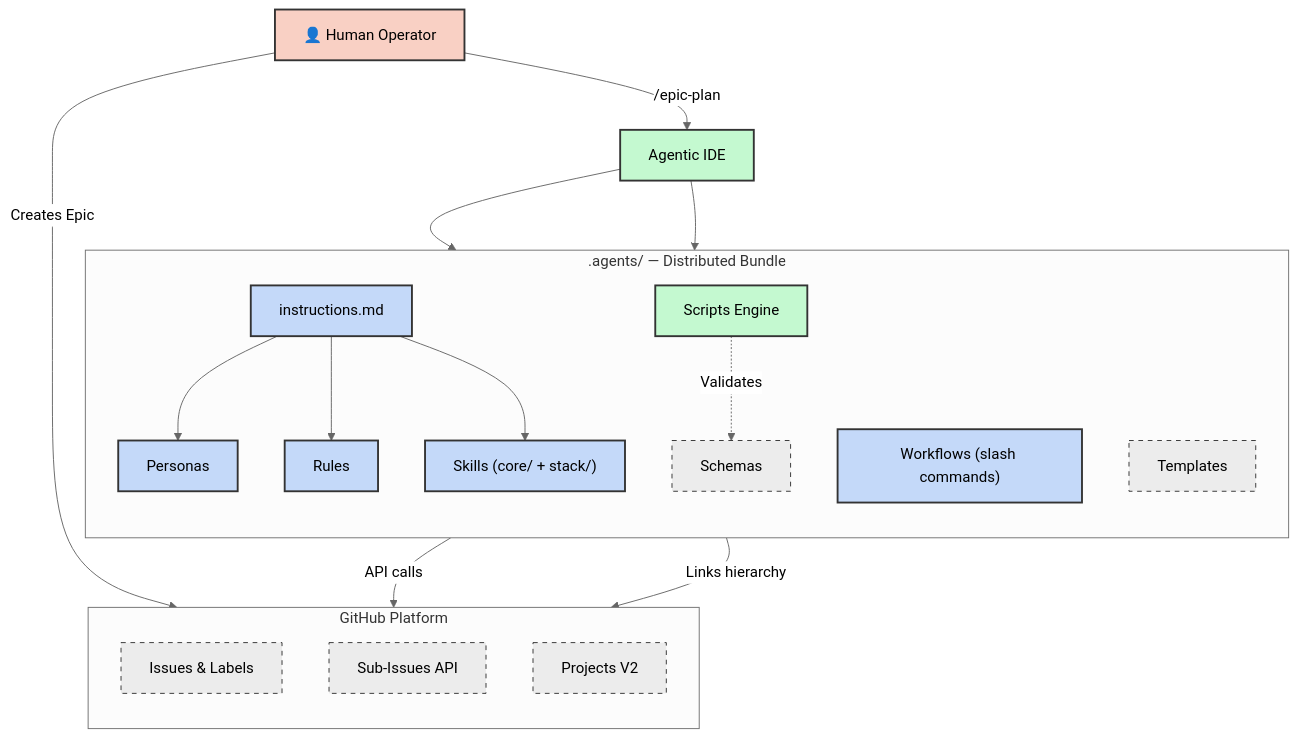
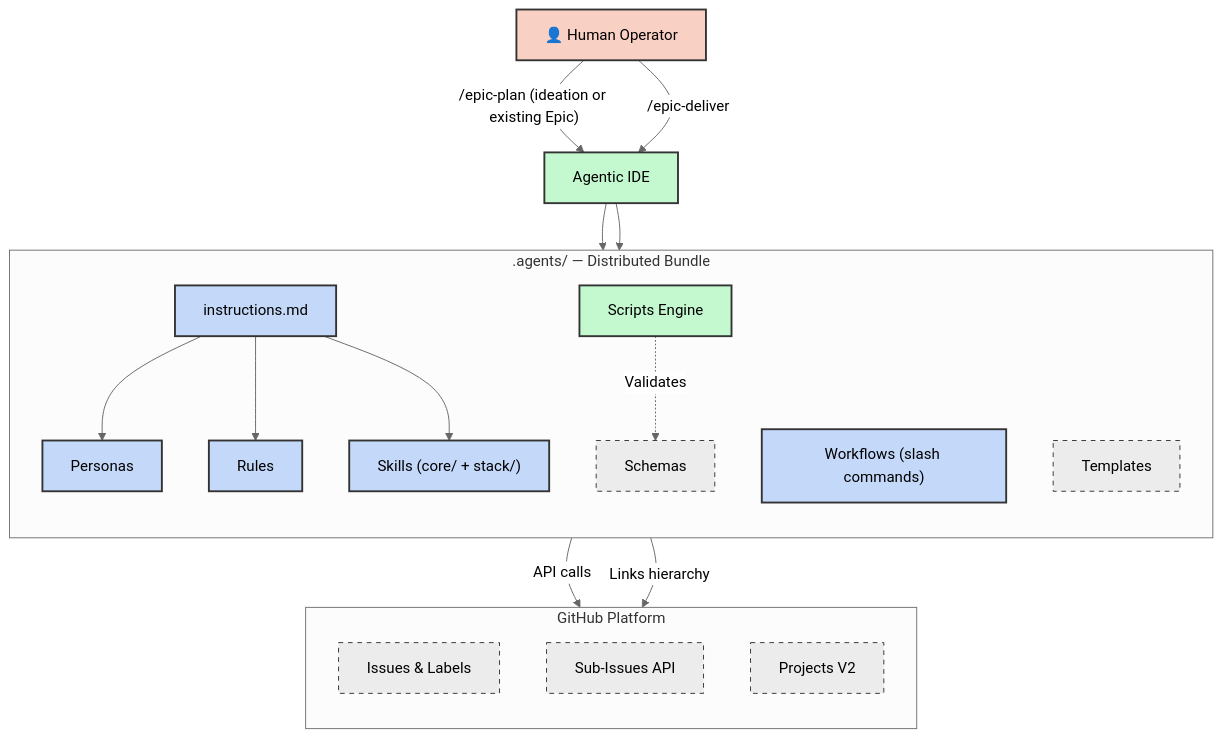
Before and after one commit to dsj1984/mandrel: the first of 8 diagrams in docs/architecture.md, drawn with Mermaid (neutral theme). The commit also changed other lines of this file and 7 other files, not shown here.

Commit message:
docs(reference): rewrite architecture.md, configuration.md, decisions adr, instructions.md, and changelog 5.40.0 entry (resolves #1176)

````diff
--- a/docs/architecture.md
+++ b/docs/architecture.md
@@ -24,38 +24,38 @@
 ```mermaid
 graph TB
     classDef human fill:#f9d0c4,stroke:#333,stroke-width:2px,color:#000
     classDef agent fill:#c4f9d0,stroke:#333,stroke-width:2px,color:#000
     classDef infra fill:#c4d9f9,stroke:#333,stroke-width:2px,color:#000
     classDef data fill:#ececec,stroke:#333,stroke-width:1px,stroke-dasharray: 5 5,color:#000
 
     H["👤 Human Operator"]:::human
     IDE["Agentic IDE"]:::agent
 
     subgraph Framework [".agents/ — Distributed Bundle"]
         direction TB
         INS["instructions.md"]:::infra
         PER["Personas"]:::infra
         RUL["Rules"]:::infra
         SKL["Skills (core/ + stack/)"]:::infra
         WFL["Workflows (slash commands)"]:::infra
         SCR["Scripts Engine"]:::agent
         SCH["Schemas"]:::data
         TPL["Templates"]:::data
     end
 
     subgraph GitHub ["GitHub Platform"]
         direction TB
         ISS["Issues & Labels"]:::data
         SUB["Sub-Issues API"]:::data
         PRJ["Projects V2"]:::data
     end
 
-    H -->|"Creates Epic"| ISS
-    H -->|"/epic-plan"| IDE
+    H -->|"/epic-plan (ideation or existing Epic)"| IDE
+    H -->|"/epic-deliver"| IDE
     IDE --> INS
     INS --> PER & RUL & SKL
     IDE --> SCR
     SCR -->|"API calls"| ISS
     SCR -->|"Links hierarchy"| SUB
     SCR -.->|"Validates"| SCH
 ```
````
